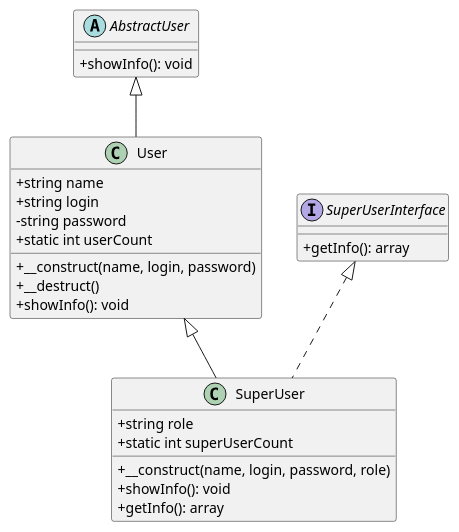
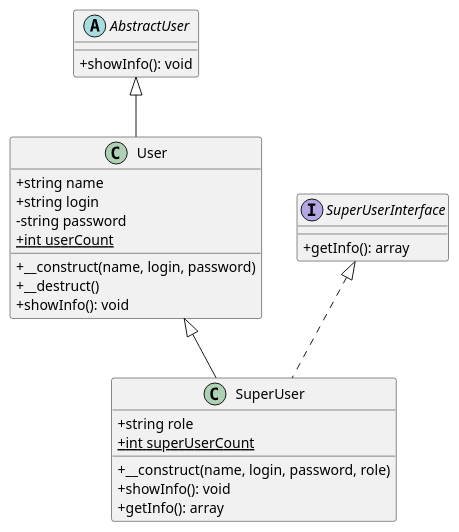
Before and after one commit to Semenovaanzhelika31/web: the diagram in lab1/lab1.puml, drawn with PlantUML.

```diff
--- a/lab1/lab1.puml
+++ b/lab1/lab1.puml
@@ -1,34 +1,34 @@
 @startuml
 skinparam classAttributeIconSize 0
 skinparam defaultFontName Arial
 
 abstract class AbstractUser {
   + showInfo(): void
 }
 
 class User {
   + string name
   + string login
   - string password
-  + static int userCount
+  + {static} int userCount
   + __construct(name, login, password)
   + __destruct()
   + showInfo(): void
 }
 
 interface SuperUserInterface {
   + getInfo(): array
 }
 
 class SuperUser {
   + string role
-  + static int superUserCount
+  + {static} int superUserCount
   + __construct(name, login, password, role)
   + showInfo(): void
   + getInfo(): array
 }
 
 AbstractUser <|-- User
 User <|-- SuperUser
 SuperUserInterface <|.. SuperUser
 @enduml
```
